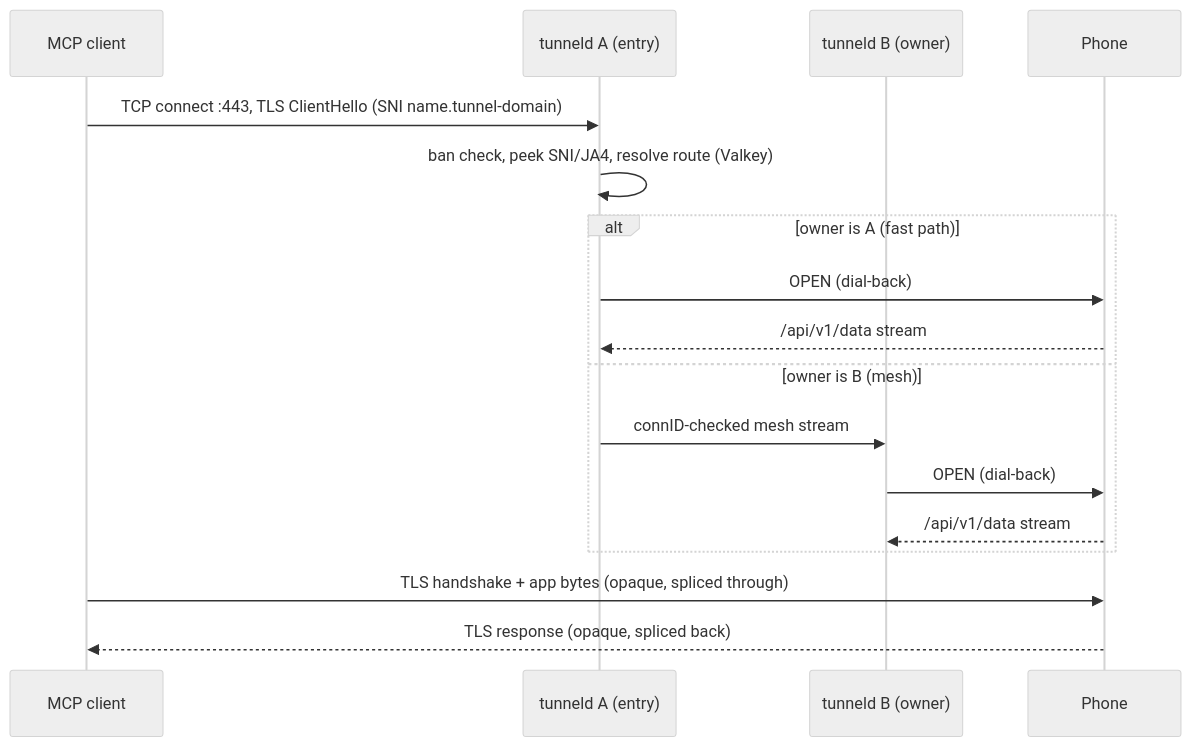
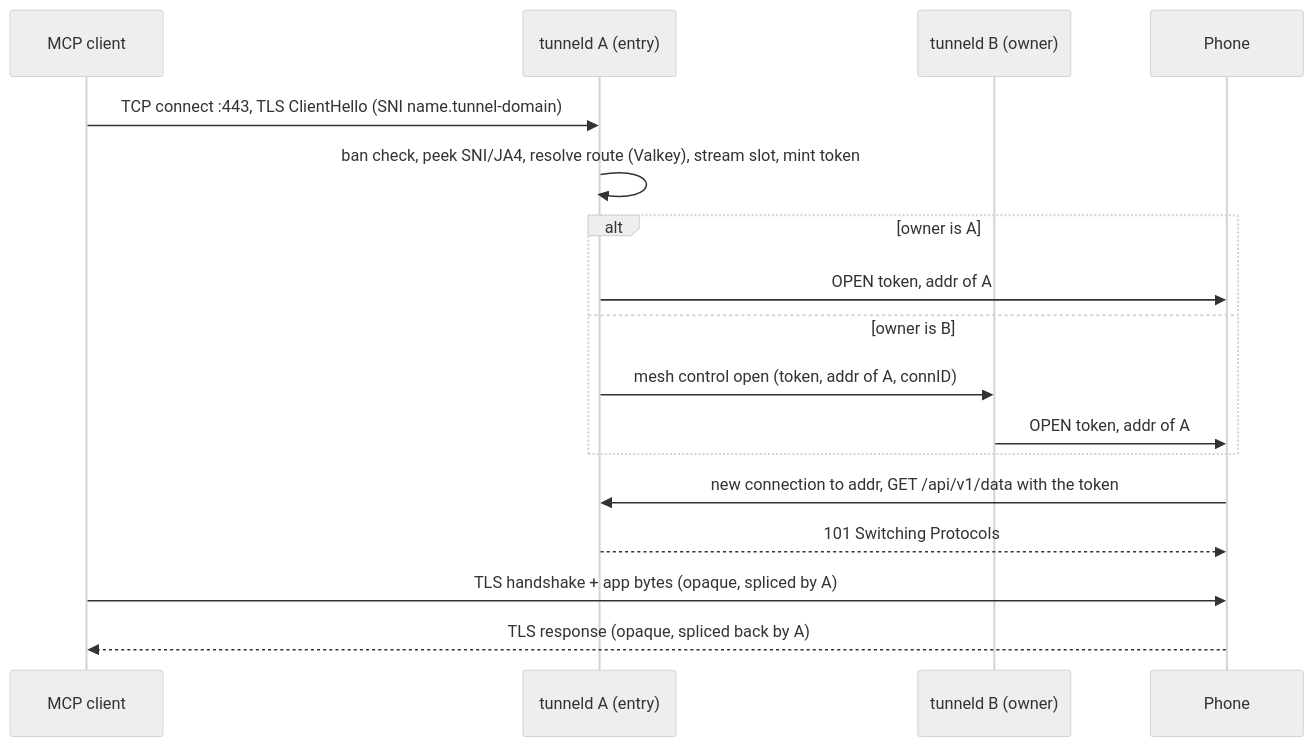
One commit to danielealbano/android-remote-control-mcp-tunneld changed the second of 3 diagrams in docs/ARCHITECTURE.md. Above: the diagram before and after it, drawn with Mermaid (neutral theme). The commit also changed other lines of this file and 6 other files, not shown here.

Commit message:
docs(docs): wire protocol v2 — entry-node dial-back, control-only mesh, sorted-set stream cap, operator notes

````diff
--- a/docs/ARCHITECTURE.md
+++ b/docs/ARCHITECTURE.md
@@ -78,19 +78,19 @@
 ```mermaid
 sequenceDiagram
     participant C as MCP client
     participant A as tunneld A (entry)
     participant B as tunneld B (owner)
     participant P as Phone
     C->>A: TCP connect :443, TLS ClientHello (SNI name.tunnel-domain)
-    A->>A: ban check, peek SNI/JA4, resolve route (Valkey)
-    alt owner is A (fast path)
-        A->>P: OPEN (dial-back)
-        P-->>A: /api/v1/data stream
-    else owner is B (mesh)
-        A->>B: connID-checked mesh stream
-        B->>P: OPEN (dial-back)
-        P-->>B: /api/v1/data stream
+    A->>A: ban check, peek SNI/JA4, resolve route (Valkey), stream slot, mint token
+    alt owner is A
+        A->>P: OPEN token, addr of A
+    else owner is B
+        A->>B: mesh control open (token, addr of A, connID)
+        B->>P: OPEN token, addr of A
     end
-    C->>P: TLS handshake + app bytes (opaque, spliced through)
-    P-->>C: TLS response (opaque, spliced back)
+    P->>A: new connection to addr, GET /api/v1/data with the token
+    A-->>P: 101 Switching Protocols
+    C->>P: TLS handshake + app bytes (opaque, spliced by A)
+    P-->>C: TLS response (opaque, spliced back by A)
 ```
````
